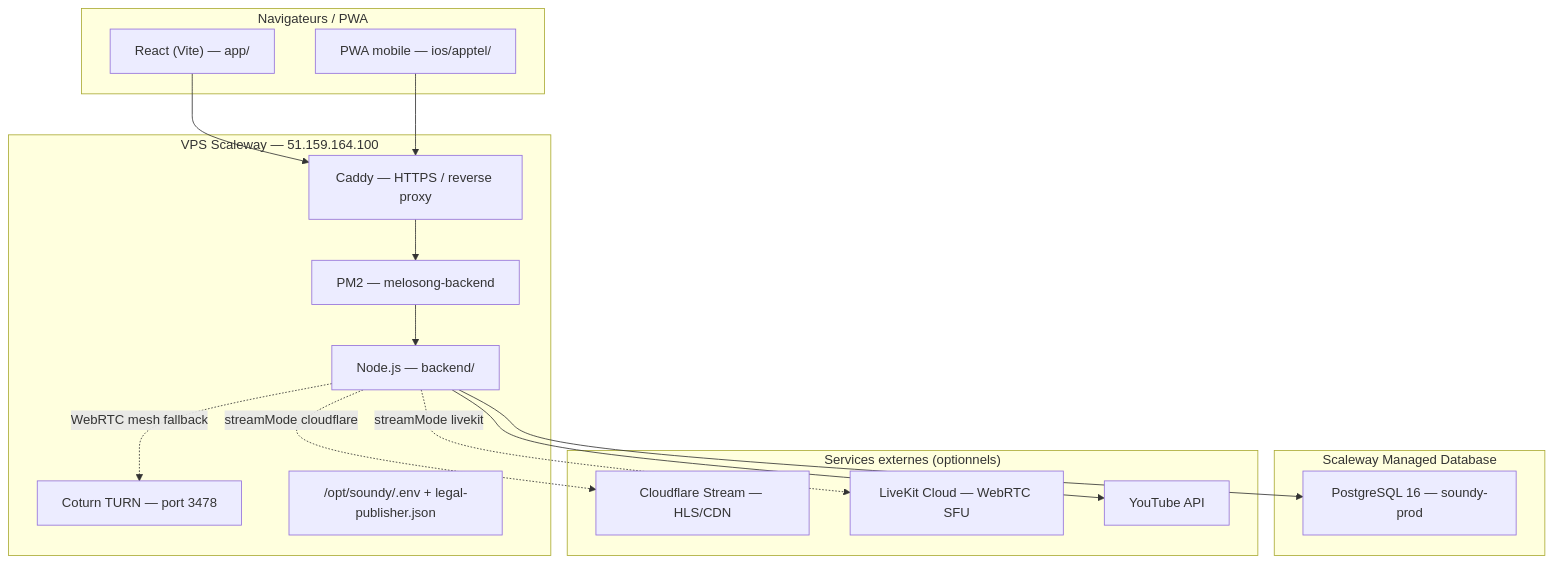
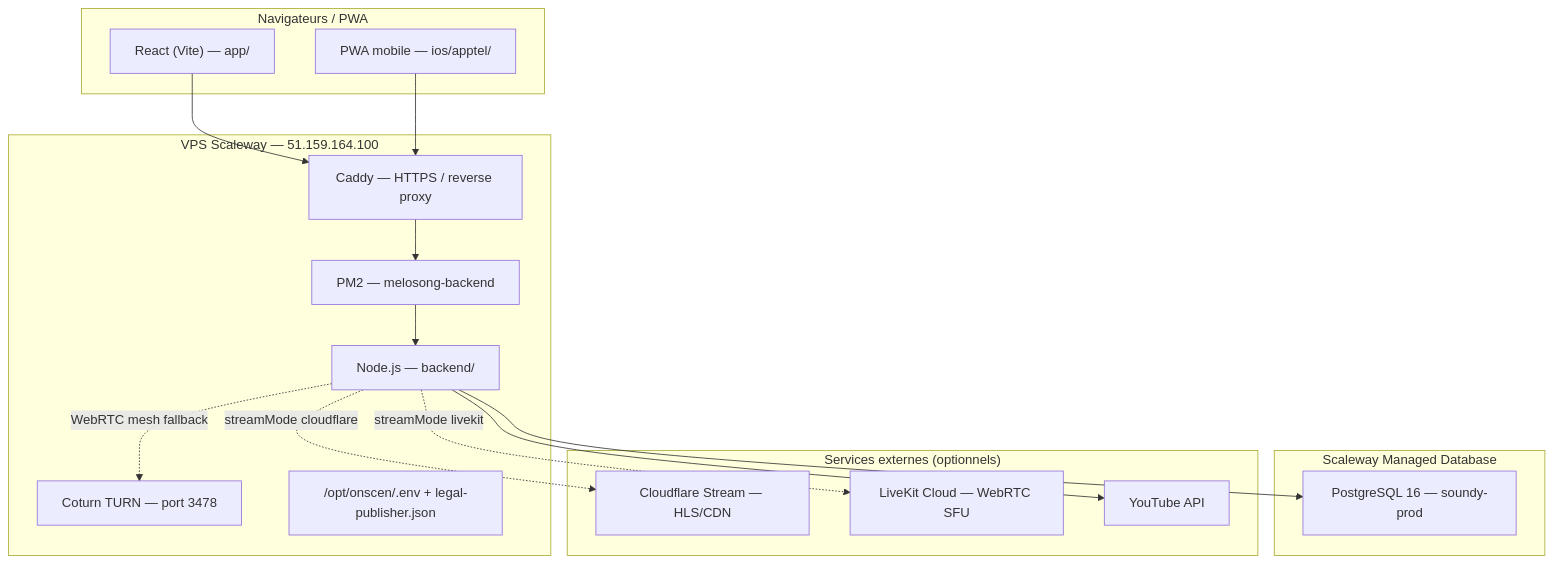
Before and after one commit to valentingoulven-creator/OnScen: the first of 2 diagrams in commun/docs/COUT-APPLICATION.md, drawn with Mermaid. The commit also changed other lines of this file and 338 other files, not shown here.

````diff
--- a/commun/docs/COUT-APPLICATION.md
+++ b/commun/docs/COUT-APPLICATION.md
@@ -17,35 +17,35 @@
 ```mermaid
 flowchart TB
   subgraph Client["Navigateurs / PWA"]
     Web["React (Vite) — app/"]
     Tel["PWA mobile — ios/apptel/"]
   end
 
   subgraph VPS["VPS Scaleway — 51.159.164.100"]
     Caddy["Caddy — HTTPS / reverse proxy"]
     PM2["PM2 — melosong-backend"]
     Node["Node.js — backend/"]
     Coturn["Coturn TURN — port 3478"]
-    Data["/opt/soundy/.env + legal-publisher.json"]
+    Data["/opt/onscen/.env + legal-publisher.json"]
   end
 
   subgraph DB["Scaleway Managed Database"]
     PG["PostgreSQL 16 — soundy-prod"]
   end
 
   subgraph External["Services externes (optionnels)"]
     CF["Cloudflare Stream — HLS/CDN"]
     LK["LiveKit Cloud — WebRTC SFU"]
     YT["YouTube API"]
   end
 
   Web --> Caddy
   Tel --> Caddy
   Caddy --> PM2
   PM2 --> Node
   Node --> PG
   Node -.->|WebRTC mesh fallback| Coturn
   Node -.->|streamMode cloudflare| CF
   Node -.->|streamMode livekit| LK
   Node --> YT
 ```
````
